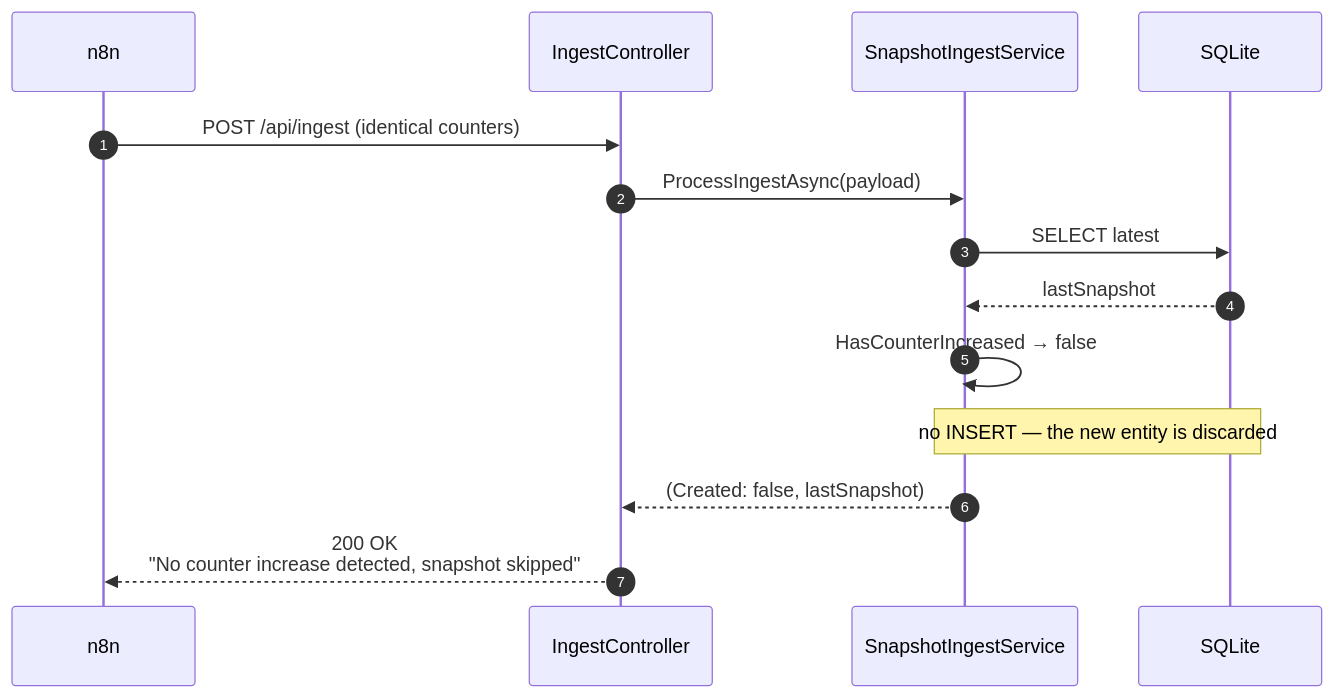
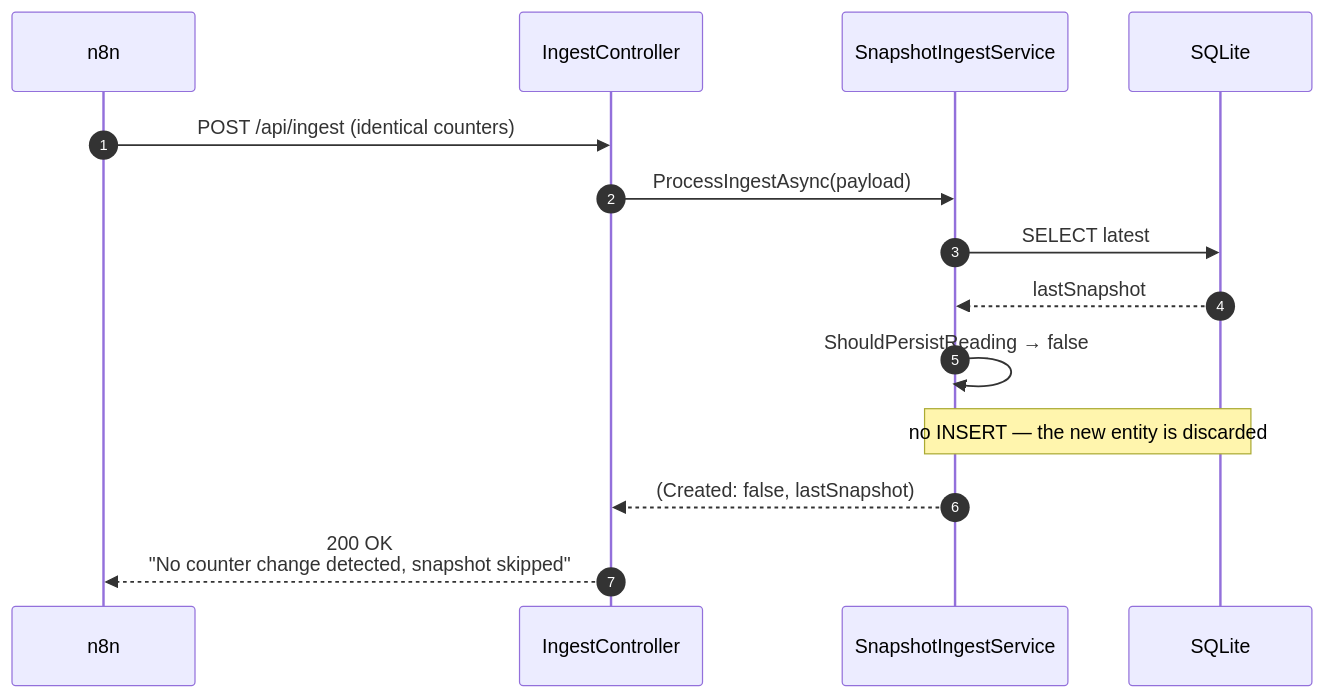
Before and after one commit to Gereon93/coffee: the second of 7 diagrams in doc/arc42/06-runtime.md, drawn with Mermaid. The commit also changed other lines of this file and 23 other files, not shown here.

````diff
--- a/doc/arc42/06-runtime.md
+++ b/doc/arc42/06-runtime.md
@@ -36,17 +36,17 @@
 ```mermaid
 sequenceDiagram
     autonumber
     participant N as n8n
     participant C as IngestController
     participant S as SnapshotIngestService
     participant DB as SQLite
 
     N->>C: POST /api/ingest (identical counters)
     C->>S: ProcessIngestAsync(payload)
     S->>DB: SELECT latest
     DB-->>S: lastSnapshot
-    S->>S: HasCounterIncreased → false
+    S->>S: ShouldPersistReading → false
     Note over S,DB: no INSERT — the new entity is discarded
     S-->>C: (Created: false, lastSnapshot)
-    C-->>N: 200 OK<br/>"No counter increase detected, snapshot skipped"
+    C-->>N: 200 OK<br/>"No counter change detected, snapshot skipped"
 ```
````
